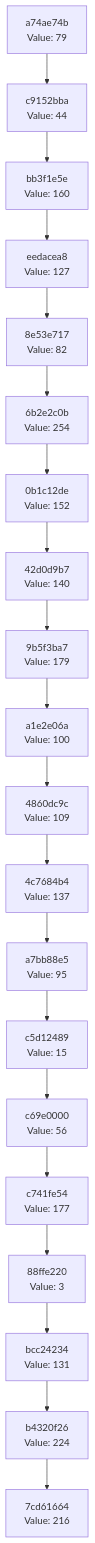
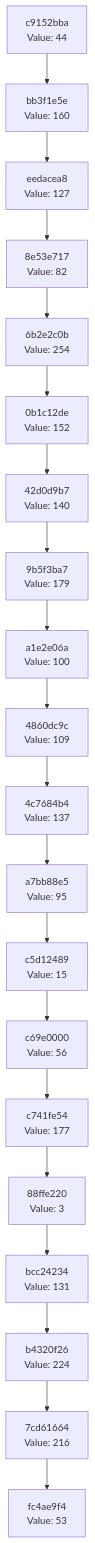
Before and after one commit to Abhisheksinha1506/hash-chain-evolver: the diagram in docs/CHAIN_VISUALIZATION.md, drawn with Mermaid. The commit also changed 2 other files, not shown here.

Commit message:
Evolution Step

````diff
--- a/docs/CHAIN_VISUALIZATION.md
+++ b/docs/CHAIN_VISUALIZATION.md
@@ -3,42 +3,42 @@
 ```mermaid
 graph TD
-    C0["7cd61664<br/>Value: 216"]
-    C1["b4320f26<br/>Value: 224"]
+    C0["fc4ae9f4<br/>Value: 53"]
+    C1["7cd61664<br/>Value: 216"]
     C1 --> C0
-    C2["bcc24234<br/>Value: 131"]
+    C2["b4320f26<br/>Value: 224"]
     C2 --> C1
-    C3["88ffe220<br/>Value: 3"]
+    C3["bcc24234<br/>Value: 131"]
     C3 --> C2
-    C4["c741fe54<br/>Value: 177"]
+    C4["88ffe220<br/>Value: 3"]
     C4 --> C3
-    C5["c69e0000<br/>Value: 56"]
+    C5["c741fe54<br/>Value: 177"]
     C5 --> C4
-    C6["c5d12489<br/>Value: 15"]
+    C6["c69e0000<br/>Value: 56"]
     C6 --> C5
-    C7["a7bb88e5<br/>Value: 95"]
+    C7["c5d12489<br/>Value: 15"]
     C7 --> C6
-    C8["4c7684b4<br/>Value: 137"]
+    C8["a7bb88e5<br/>Value: 95"]
     C8 --> C7
-    C9["4860dc9c<br/>Value: 109"]
+    C9["4c7684b4<br/>Value: 137"]
     C9 --> C8
-    C10["a1e2e06a<br/>Value: 100"]
+    C10["4860dc9c<br/>Value: 109"]
     C10 --> C9
-    C11["9b5f3ba7<br/>Value: 179"]
+    C11["a1e2e06a<br/>Value: 100"]
     C11 --> C10
-    C12["42d0d9b7<br/>Value: 140"]
+    C12["9b5f3ba7<br/>Value: 179"]
     C12 --> C11
-    C13["0b1c12de<br/>Value: 152"]
+    C13["42d0d9b7<br/>Value: 140"]
     C13 --> C12
-    C14["6b2e2c0b<br/>Value: 254"]
+    C14["0b1c12de<br/>Value: 152"]
     C14 --> C13
-    C15["8e53e717<br/>Value: 82"]
+    C15["6b2e2c0b<br/>Value: 254"]
     C15 --> C14
-    C16["eedacea8<br/>Value: 127"]
+    C16["8e53e717<br/>Value: 82"]
     C16 --> C15
-    C17["bb3f1e5e<br/>Value: 160"]
+    C17["eedacea8<br/>Value: 127"]
     C17 --> C16
-    C18["c9152bba<br/>Value: 44"]
+    C18["bb3f1e5e<br/>Value: 160"]
     C18 --> C17
-    C19["a74ae74b<br/>Value: 79"]
+    C19["c9152bba<br/>Value: 44"]
     C19 --> C18
 ```
````
